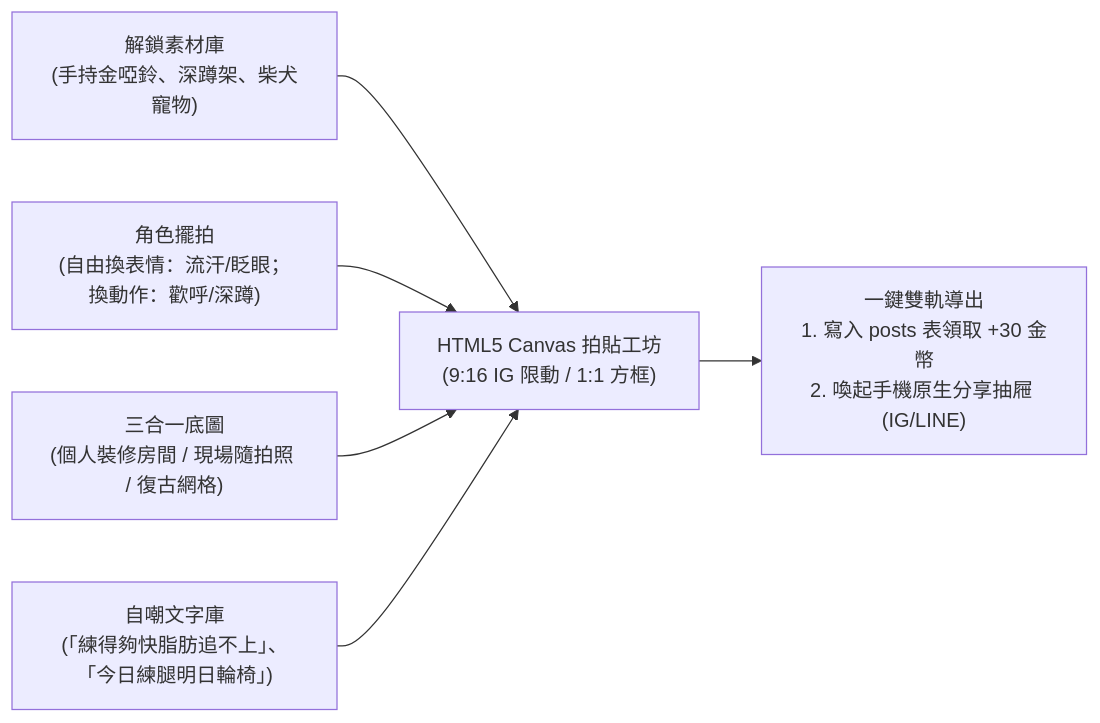
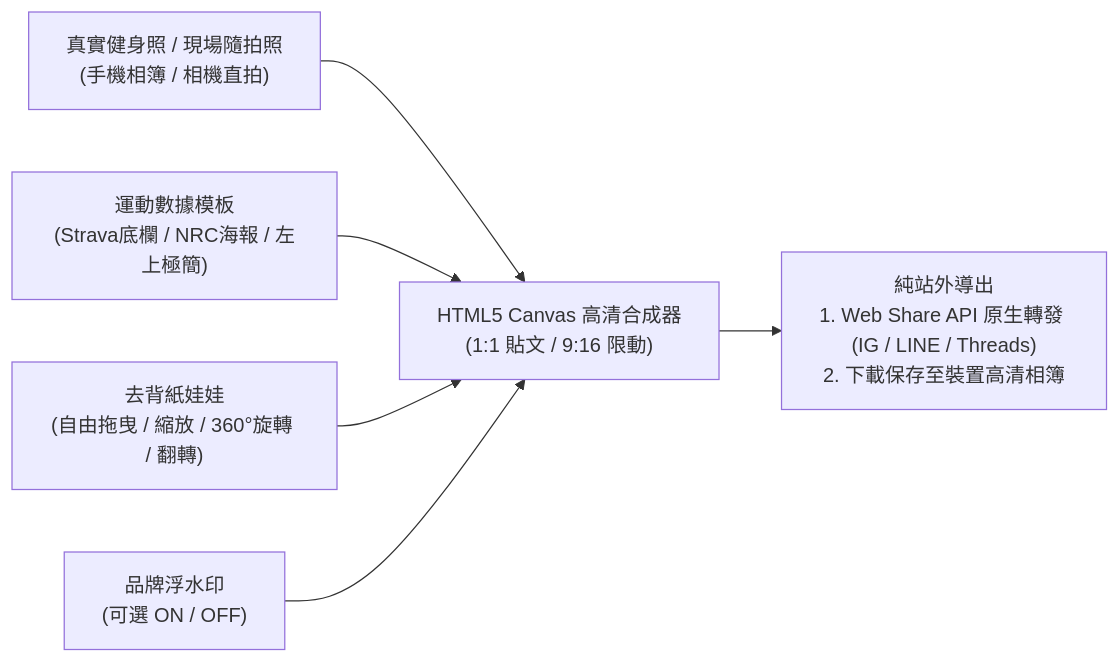
The diagram in llm-wiki/wiki/meme_and_social.md (yuchienw/Fitmon), drawn with Mermaid before and after one commit. The commit also changed other lines of this file and 3 other files, not shown here.

````diff
--- a/llm-wiki/wiki/meme_and_social.md
+++ b/llm-wiki/wiki/meme_and_social.md
@@ -11,9 +21,9 @@
 ```mermaid
 flowchart LR
-    Assets["解鎖素材庫\n(手持金啞鈴、深蹲架、柴犬寵物)"] --> Canvas["HTML5 Canvas 拍貼工坊\n(9:16 IG 限動 / 1:1 方框)"]
-    Avatar["角色擺拍\n(自由換表情：流汗/眨眼；換動作：歡呼/深蹲)"] --> Canvas
-    Background["三合一底圖\n(個人裝修房間 / 現場隨拍照 / 復古網格)"] --> Canvas
-    MemeVault["自嘲文字庫\n(「練得夠快脂肪追不上」、「今日練腿明日輪椅」)"] --> Canvas
+    Photo["真實健身照 / 現場隨拍照\n(手機相簿 / 相機直拍)"] --> Canvas["HTML5 Canvas 高清合成器\n(1:1 貼文 / 9:16 限動)"]
+    Stats["運動數據模板\n(Strava底欄 / NRC海報 / 左上極簡)"] --> Canvas
+    Avatar["去背紙娃娃\n(自由拖曳 / 縮放 / 360°旋轉 / 翻轉)"] --> Canvas
+    Watermark["品牌浮水印\n(可選 ON / OFF)"] --> Canvas
 
-    Canvas --> Export["一鍵雙軌導出\n1. 寫入 posts 表領取 +30 金幣\n2. 喚起手機原生分享抽屜 (IG/LINE)"]
+    Canvas --> Share["純站外導出\n1. Web Share API 原生轉發 (IG / LINE / Threads)\n2. 下載保存至裝置高清相簿"]
 ```
````
